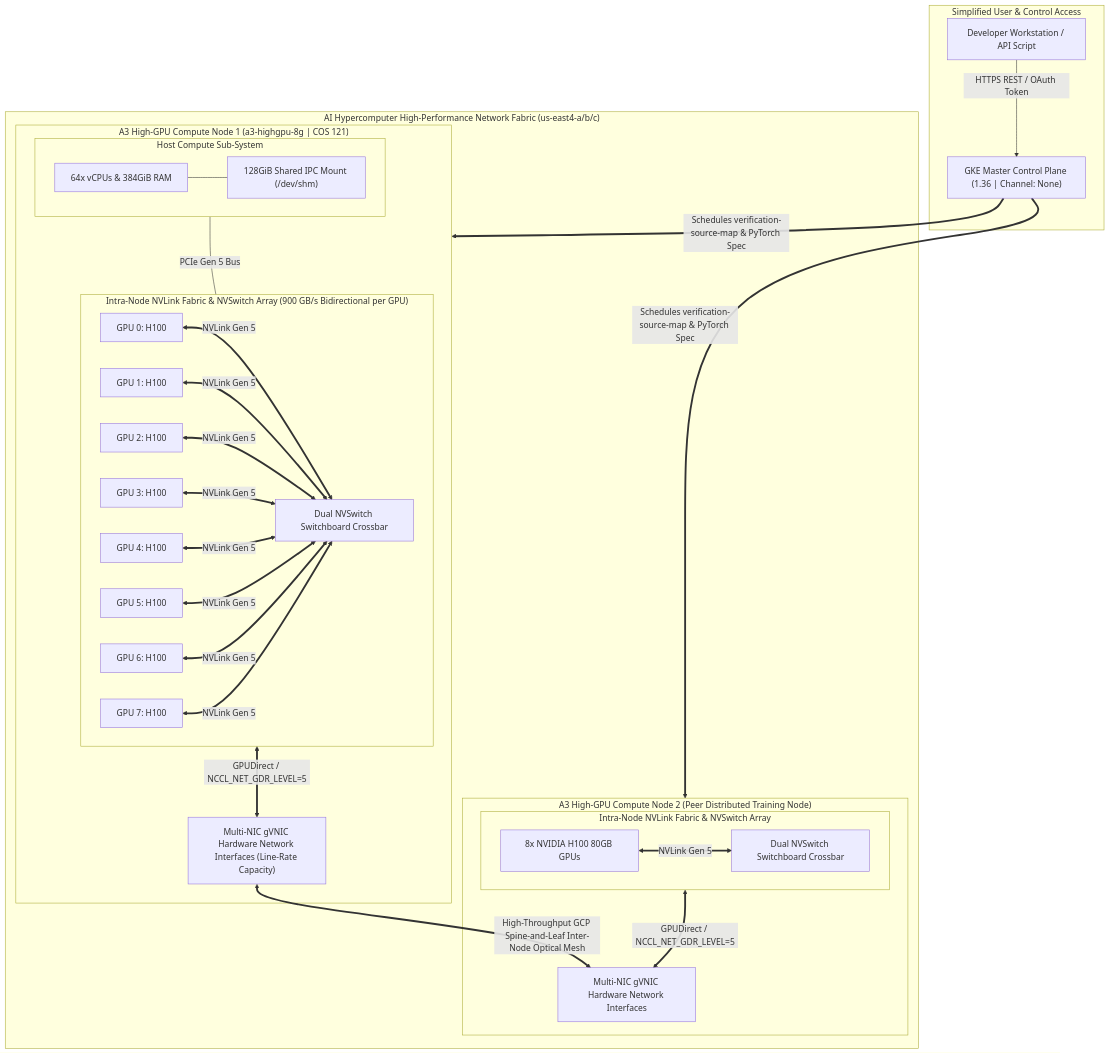
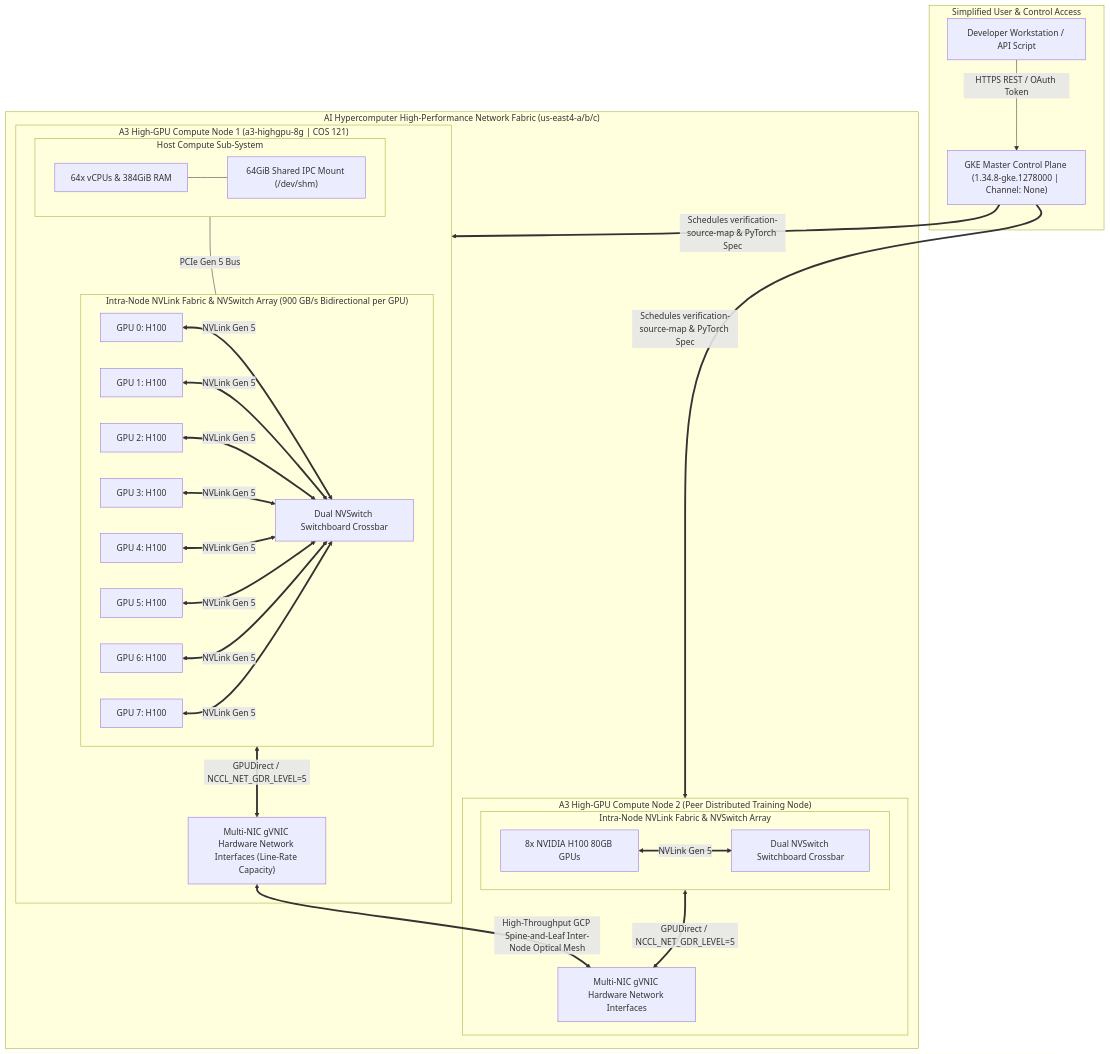
The first of 4 diagrams in ARCHITECTURE.md (elideng-sg/hypercomputer-training-jobs), drawn with Mermaid before and after one commit. The commit also changed other lines of this file and 31 other files, not shown here.

First line of the commit message:
feat(access): expose JupyterHub (Google sign-in) + vLLM (API key) over HTTPS; repo-wide docs consistency (#11)

````diff
--- a/ARCHITECTURE.md
+++ b/ARCHITECTURE.md
@@ -11,35 +13,35 @@
 ```mermaid
 graph TB
     subgraph Access ["Simplified User & Control Access"]
-        Client["Developer Workstation / API Script"] -->|HTTPS REST / OAuth Token| CP["GKE Master Control Plane (1.36 | Channel: None)"]
+        Client["Developer Workstation / API Script"] -->|HTTPS REST / OAuth Token| CP["GKE Master Control Plane (1.34.8-gke.1278000 | Channel: None)"]
     end
 
     subgraph ClusterMesh ["AI Hypercomputer High-Performance Network Fabric (us-east4-a/b/c)"]
         subgraph Node1 ["A3 High-GPU Compute Node 1 (a3-highgpu-8g | COS 121)"]
             subgraph Host1 ["Host Compute Sub-System"]
-                CPU1["64x vCPUs & 384GiB RAM"] --- SHM1["128GiB Shared IPC Mount (/dev/shm)"]
+                CPU1["64x vCPUs & 384GiB RAM"] --- SHM1["64GiB Shared IPC Mount (/dev/shm)"]
             end
             
             subgraph NVLink_Mesh1 ["Intra-Node NVLink Fabric & NVSwitch Array (900 GB/s Bidirectional per GPU)"]
                 G0_1["GPU 0: H100"] & G1_1["GPU 1: H100"] & G2_1["GPU 2: H100"] & G3_1["GPU 3: H100"] <==>|NVLink Gen 5| NVS1["Dual NVSwitch Switchboard Crossbar"]
                 G4_1["GPU 4: H100"] & G5_1["GPU 5: H100"] & G6_1["GPU 6: H100"] & G7_1["GPU 7: H100"] <==>|NVLink Gen 5| NVS1
             end
 
             NIC1["Multi-NIC gVNIC Hardware Network Interfaces (Line-Rate Capacity)"]
             Host1 ---|PCIe Gen 5 Bus| NVLink_Mesh1
             NVLink_Mesh1 <==>|GPUDirect / NCCL_NET_GDR_LEVEL=5| NIC1
         end
 
         subgraph Node2 ["A3 High-GPU Compute Node 2 (Peer Distributed Training Node)"]
             subgraph NVLink_Mesh2 ["Intra-Node NVLink Fabric & NVSwitch Array"]
                 G_Array2["8x NVIDIA H100 80GB GPUs"] <==>|NVLink Gen 5| NVS2["Dual NVSwitch Switchboard Crossbar"]
             end
             NIC2["Multi-NIC gVNIC Hardware Network Interfaces"]
             NVLink_Mesh2 <==>|GPUDirect / NCCL_NET_GDR_LEVEL=5| NIC2
         end
 
         NIC1 <==>|High-Throughput GCP Spine-and-Leaf Inter-Node Optical Mesh| NIC2
     end
 
     CP ==>|Schedules verification-source-map & PyTorch Spec| Node1 & Node2
 ```
````
